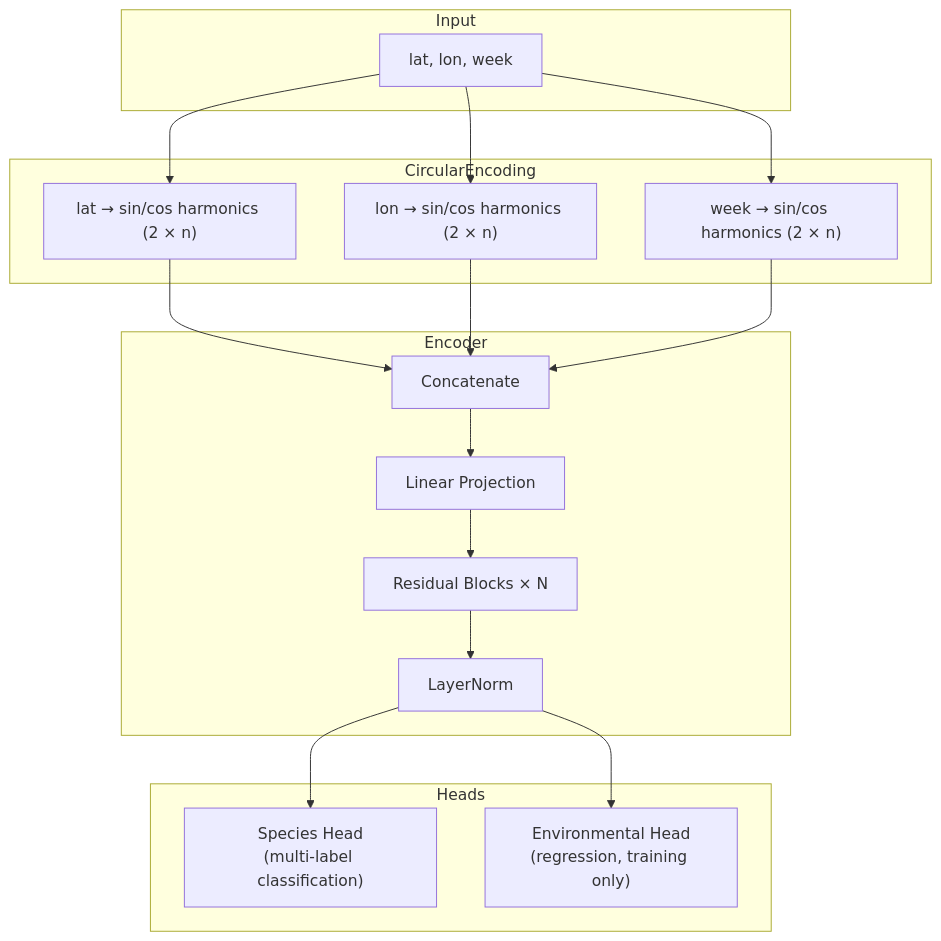
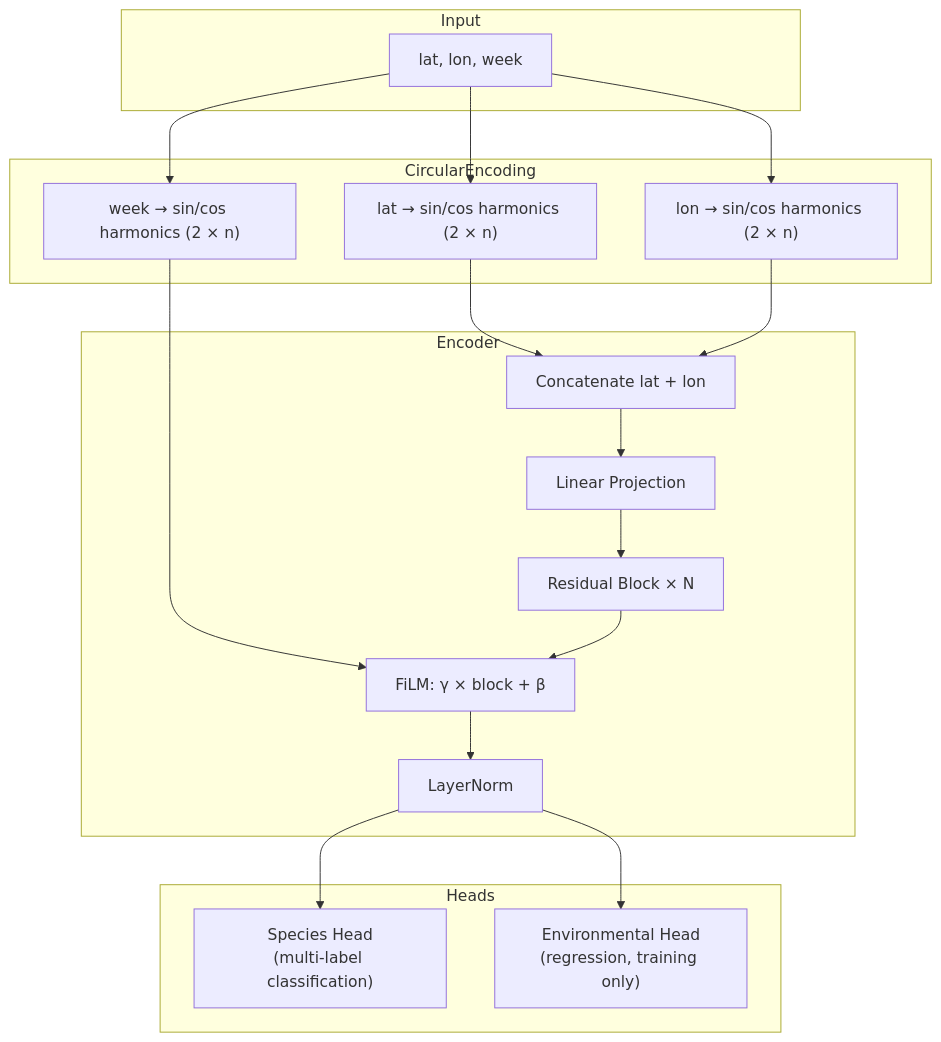
One commit to pcmoan70/aibirder_geomodel changed the diagram in docs/model/architecture.md. Above: the diagram before and after it, drawn with Mermaid. The commit also changed other lines of this file and 11 other files, not shown here.

Commit message:
feat: update model architecture and training process to support FiLM conditioning and improved week handling

````diff
--- a/docs/model/architecture.md
+++ b/docs/model/architecture.md
@@ -18,36 +18,37 @@
 ```mermaid
 graph TD
     subgraph Input
         A[lat, lon, week]
     end
 
     subgraph CircularEncoding
         B["lat → sin/cos harmonics (2 × n)"]
         C["lon → sin/cos harmonics (2 × n)"]
         D["week → sin/cos harmonics (2 × n)"]
     end
 
     A --> B
     A --> C
     A --> D
 
     subgraph Encoder
-        E[Concatenate]
+        E["Concatenate lat + lon"]
         F[Linear Projection]
-        G["Residual Blocks × N"]
+        G["Residual Block × N"]
+        FiLM["FiLM: γ × block + β"]
         H[LayerNorm]
     end
 
     B --> E
     C --> E
-    D --> E
-    E --> F --> G --> H
+    D --> FiLM
+    E --> F --> G --> FiLM --> H
 
     subgraph Heads
         I["Species Head<br/>(multi-label classification)"]
         J["Environmental Head<br/>(regression, training only)"]
     end
 
     H --> I
     H --> J
 ```
````
